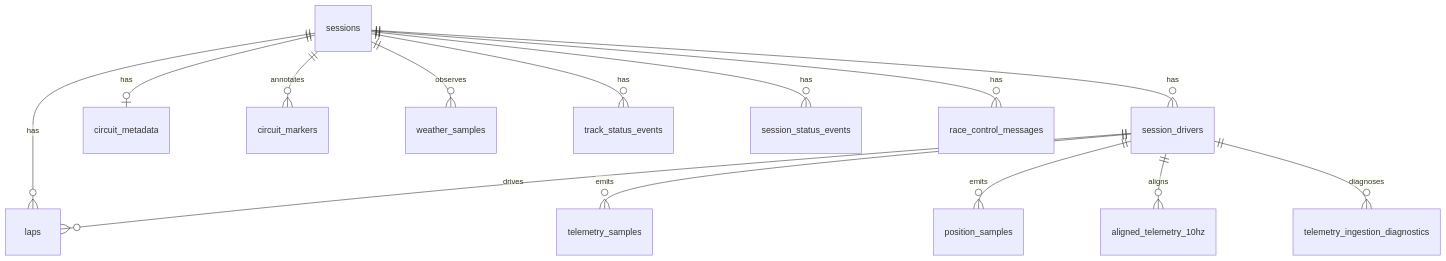
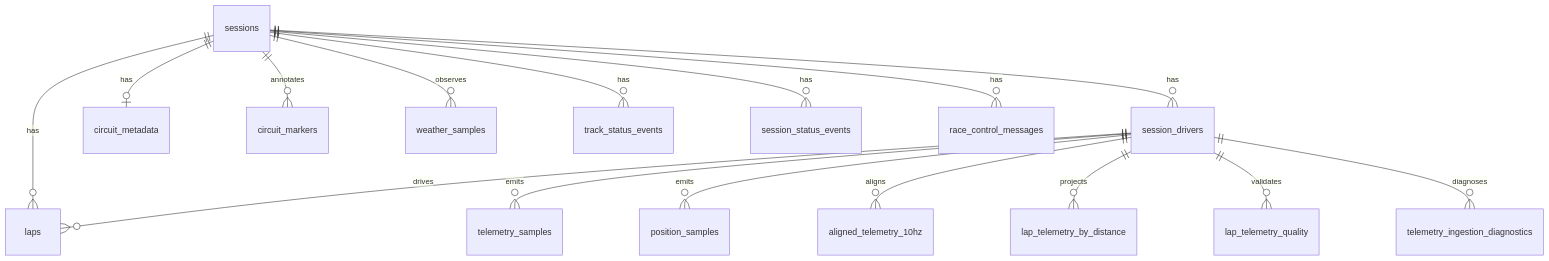
Before and after one commit to fblln/race-telemetry-workbench: the diagram in db/schema.md, drawn with Mermaid. The commit also changed other lines of this file and 159 other files, not shown here.

````diff
--- a/db/schema.md
+++ b/db/schema.md
@@ -47,16 +48,18 @@
 ```mermaid
 erDiagram
     sessions ||--o{ session_drivers : has
     sessions ||--o{ laps : has
     session_drivers ||--o{ laps : drives
     session_drivers ||--o{ telemetry_samples : emits
     session_drivers ||--o{ position_samples : emits
     session_drivers ||--o{ aligned_telemetry_10hz : aligns
+    session_drivers ||--o{ lap_telemetry_by_distance : projects
+    session_drivers ||--o{ lap_telemetry_quality : validates
     session_drivers ||--o{ telemetry_ingestion_diagnostics : diagnoses
     sessions ||--o| circuit_metadata : has
     sessions ||--o{ circuit_markers : annotates
     sessions ||--o{ weather_samples : observes
     sessions ||--o{ track_status_events : has
     sessions ||--o{ session_status_events : has
     sessions ||--o{ race_control_messages : has
 ```
````
